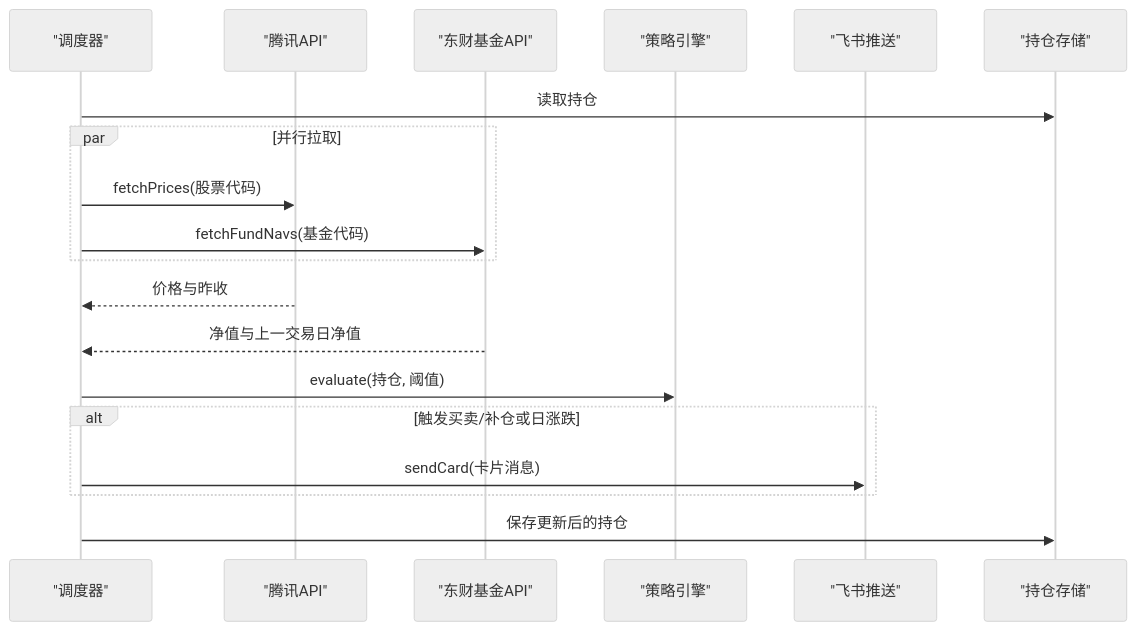
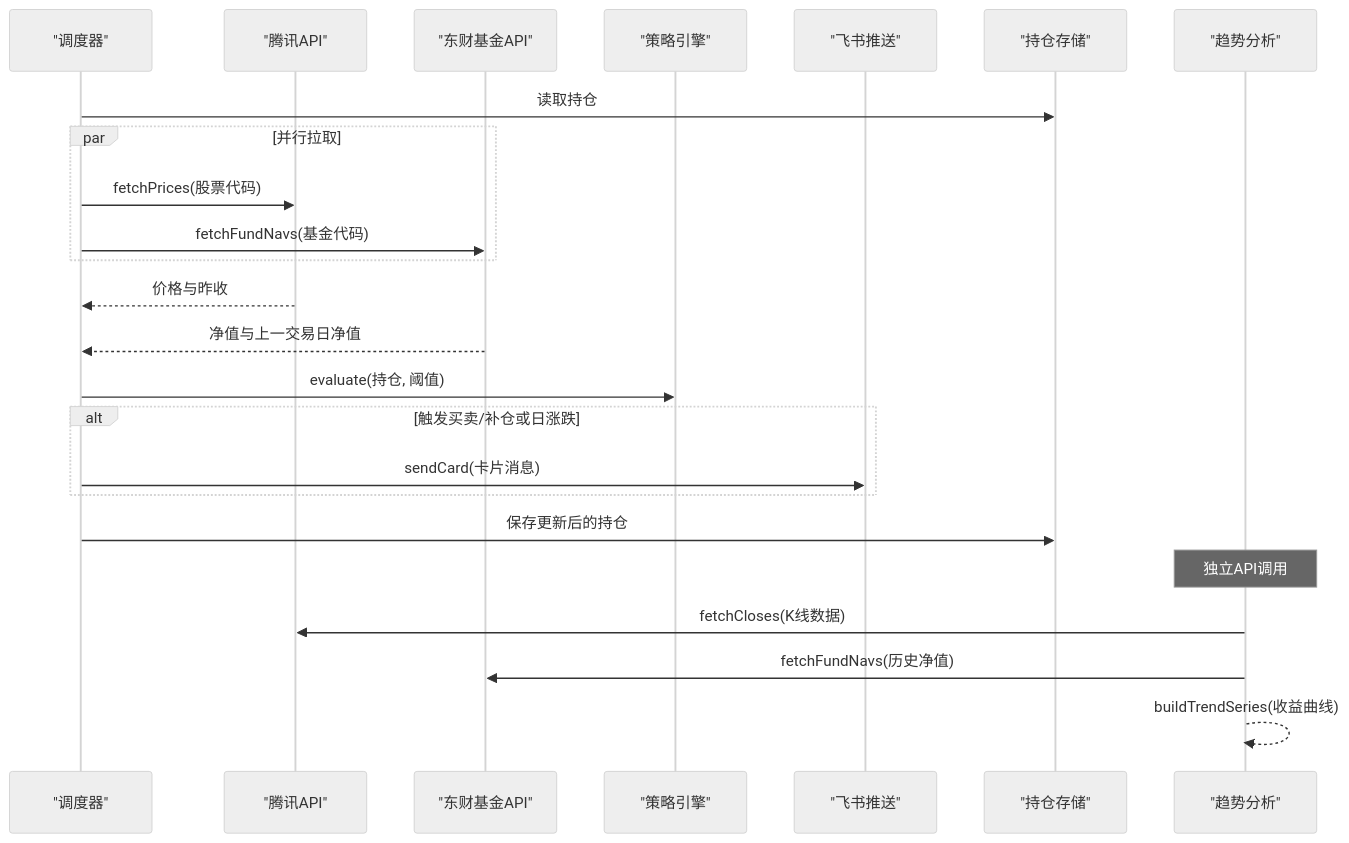
Before and after one commit to salenju/stock-advisor: the second of 8 diagrams in .qoder/repowiki/zh/content/行情数据集成/行情数据集成.md, drawn with Mermaid (neutral theme). The commit also changed other lines of this file and 45 other files, not shown here.

````diff
--- a/.qoder/repowiki/zh/content/行情数据集成/行情数据集成.md
+++ b/.qoder/repowiki/zh/content/行情数据集成/行情数据集成.md
@@ -90,21 +107,26 @@
 ```mermaid
 sequenceDiagram
 participant S as "调度器"
 participant T as "腾讯API"
 participant F as "东财基金API"
 participant ST as "策略引擎"
 participant N as "飞书推送"
 participant DB as "持仓存储"
+participant TR as "趋势分析"
 S->>DB : 读取持仓
 par 并行拉取
 S->>T : fetchPrices(股票代码)
 S->>F : fetchFundNavs(基金代码)
 end
 T-->>S : 价格与昨收
 F-->>S : 净值与上一交易日净值
 S->>ST : evaluate(持仓, 阈值)
 alt 触发买卖/补仓或日涨跌
 S->>N : sendCard(卡片消息)
 end
 S->>DB : 保存更新后的持仓
+Note over TR : 独立API调用
+TR->>T : fetchCloses(K线数据)
+TR->>F : fetchFundNavs(历史净值)
+TR-->>TR : buildTrendSeries(收益曲线)
 ```
````
